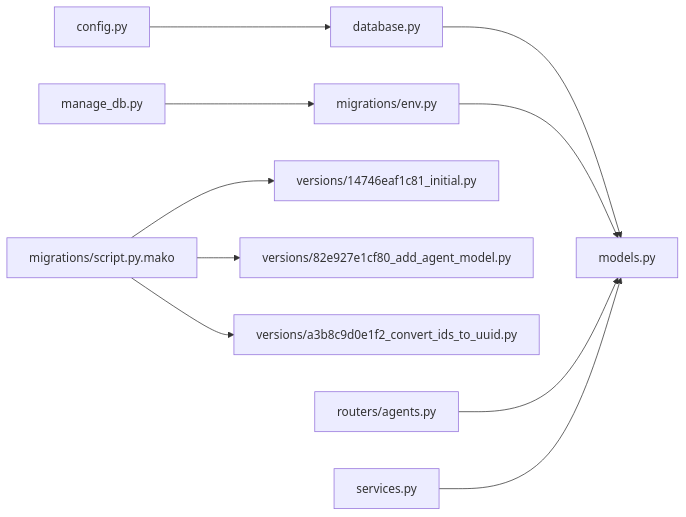
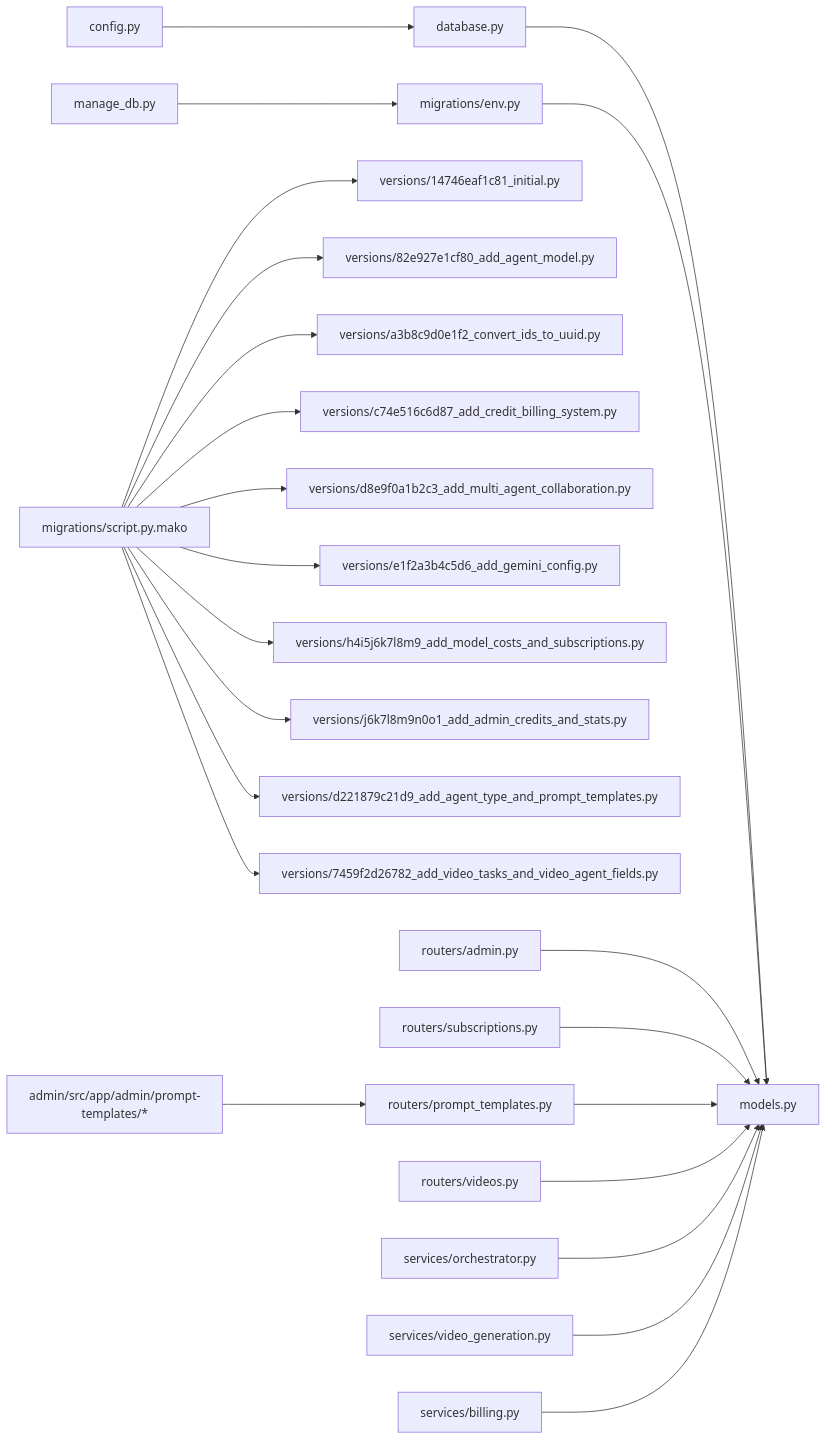
The fourth of 5 diagrams in .qoder/repowiki/zh/content/后端开发指南/数据库模型设计.md (KunLabAI/KunFlix), drawn with Mermaid before and after one commit. The commit also changed other lines of this file and 25 other files, not shown here.

````diff
--- a/.qoder/repowiki/zh/content/后端开发指南/数据库模型设计.md
+++ b/.qoder/repowiki/zh/content/后端开发指南/数据库模型设计.md
@@ -350,12 +807,25 @@
 ```mermaid
 graph LR
 CFG["config.py"] --> DB["database.py"]
 DB --> MODELS["models.py"]
 ENV["migrations/env.py"] --> MODELS
 SCRIPT["migrations/script.py.mako"] --> V1["versions/14746eaf1c81_initial.py"]
 SCRIPT --> V2["versions/82e927e1cf80_add_agent_model.py"]
 SCRIPT --> V3["versions/a3b8c9d0e1f2_convert_ids_to_uuid.py"]
-ROUTERS["routers/agents.py"] --> MODELS
-SVC["services.py"] --> MODELS
+SCRIPT --> VC["versions/c74e516c6d87_add_credit_billing_system.py"]
+SCRIPT --> VM["versions/d8e9f0a1b2c3_add_multi_agent_collaboration.py"]
+SCRIPT --> VG["versions/e1f2a3b4c5d6_add_gemini_config.py"]
+SCRIPT --> VS["versions/h4i5j6k7l8m9_add_model_costs_and_subscriptions.py"]
+SCRIPT --> VA["versions/j6k7l8m9n0o1_add_admin_credits_and_stats.py"]
+SCRIPT --> VP["versions/d221879c21d9_add_agent_type_and_prompt_templates.py"]
+SCRIPT --> VV["versions/7459f2d26782_add_video_tasks_and_video_agent_fields.py"]
+ROUTERS_A["routers/admin.py"] --> MODELS
+ROUTERS_S["routers/subscriptions.py"] --> MODELS
+ROUTERS_P["routers/prompt_templates.py"] --> MODELS
+ROUTERS_V["routers/videos.py"] --> MODELS
+SVC_O["services/orchestrator.py"] --> MODELS
+SVC_V["services/video_generation.py"] --> MODELS
+SVC_B["services/billing.py"] --> MODELS
+FRONTEND["admin/src/app/admin/prompt-templates/*"] --> ROUTERS_P
 MAN["manage_db.py"] --> ENV
 ```
````
